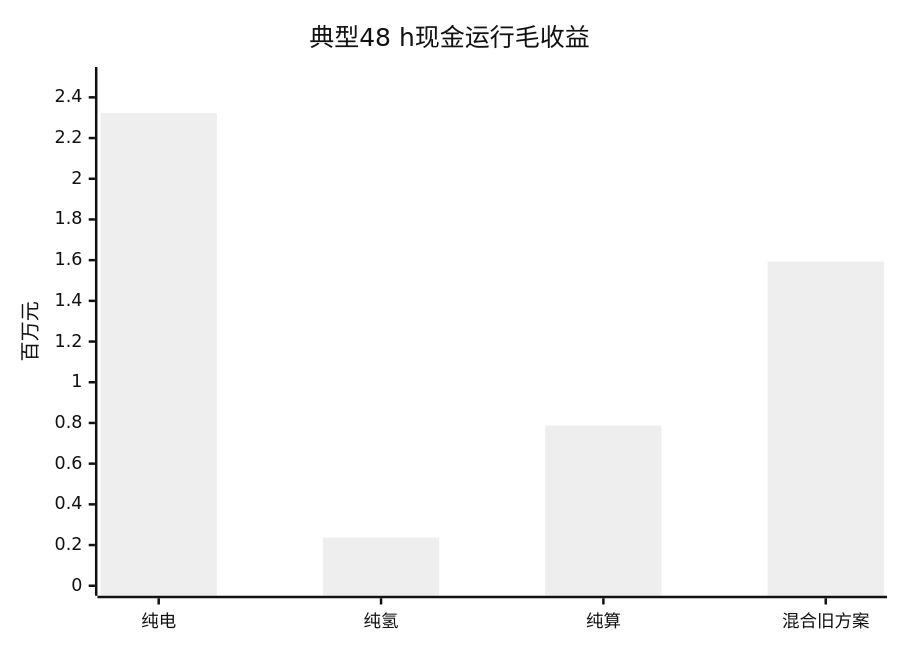
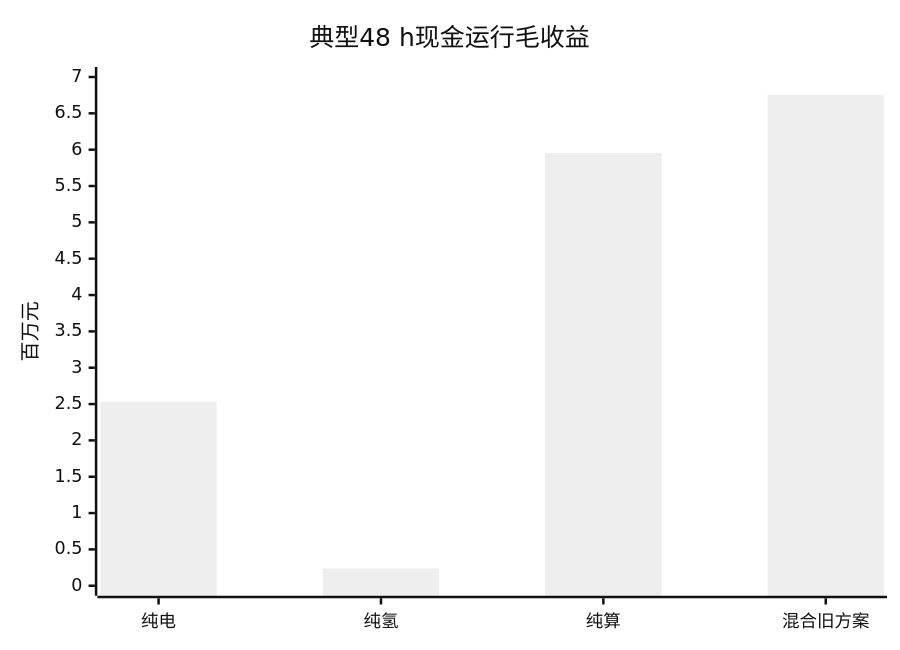
One commit to LIJunHong659/Blue-Ocean-Mode changed the fifth of 10 diagrams in C5/场景设计与四方案对比及收益转正分析.md. Above: the diagram before and after it, drawn with Mermaid (neutral theme). The commit also changed other lines of this file and 13 other files, not shown here.

````diff
--- a/C5/场景设计与四方案对比及收益转正分析.md
+++ b/C5/场景设计与四方案对比及收益转正分析.md
@@ -101,7 +101,7 @@
 ```mermaid
 xychart-beta
     title "典型48 h现金运行毛收益"
     x-axis ["纯电", "纯氢", "纯算", "混合旧方案"]
-    y-axis "百万元" 0 --> 2.5
-    bar [2.322, 0.237, 0.787, 1.593]
+    y-axis "百万元" 0 --> 7
+    bar [2.533, 0.237, 5.954, 6.756]
 ```
````
